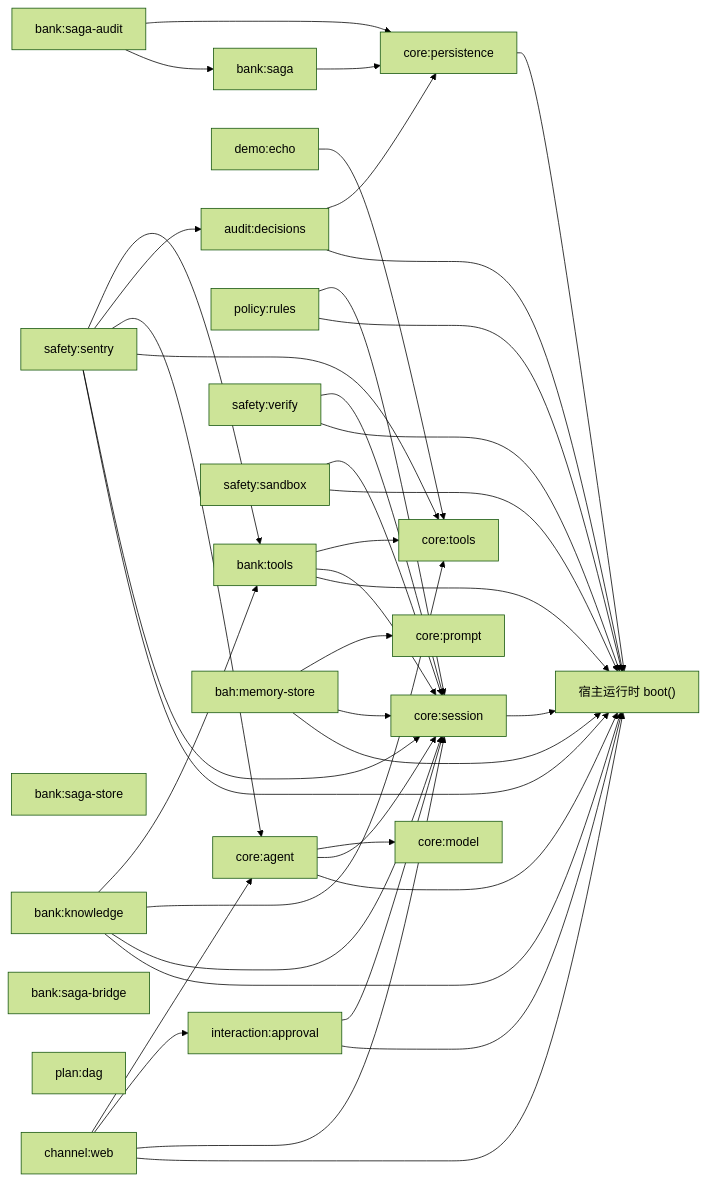
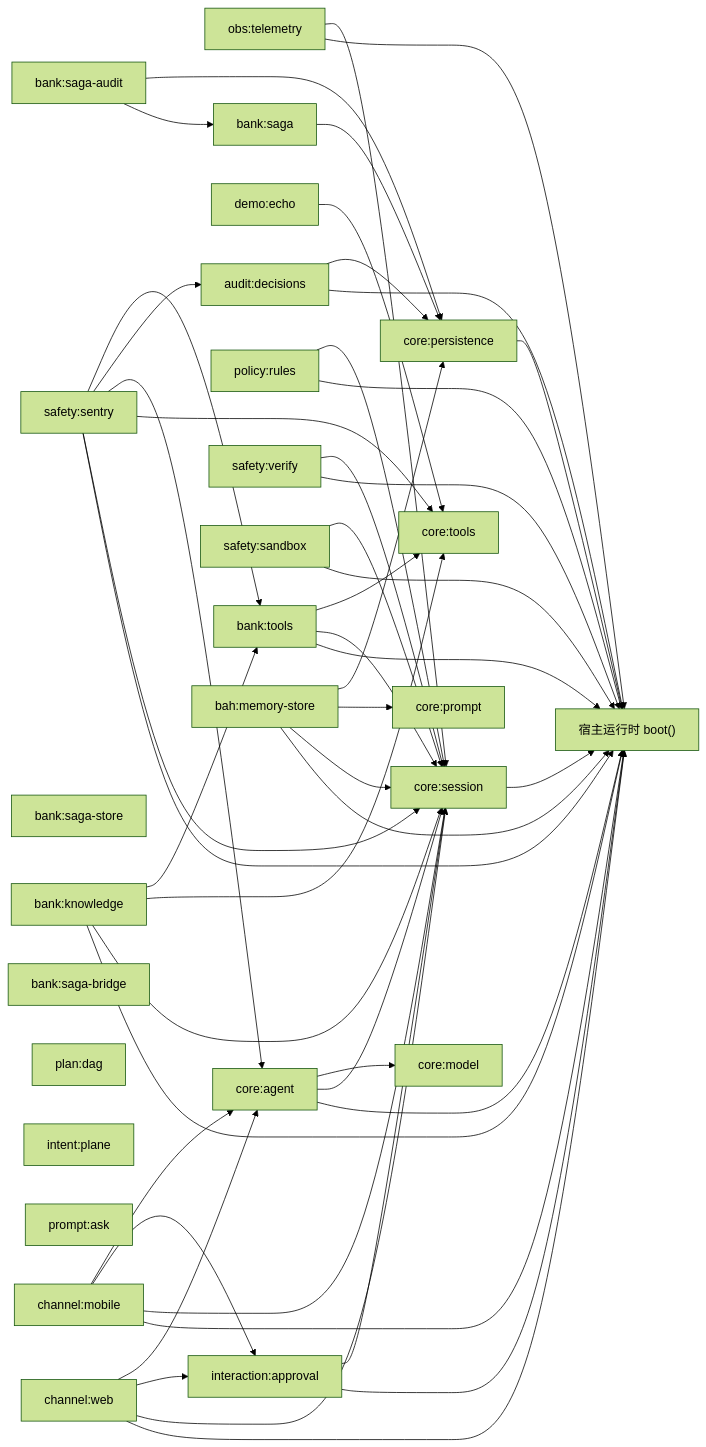
One commit to YYYPROBEE/BAH changed the first of 2 diagrams in docs/architecture.md. Above: the diagram before and after it, drawn with Mermaid (forest theme). The commit also changed other lines of this file and 471 other files, not shown here.

````diff
--- a/docs/architecture.md
+++ b/docs/architecture.md
@@ -76,64 +76,75 @@
 ```mermaid
 graph LR
   p0["core:session"]
-  p1["core:tools"]
-  p2["core:prompt"]
-  p3["core:model"]
-  p4["core:agent"]
-  p5["core:persistence"]
-  p6["audit:decisions"]
-  p7["demo:echo"]
-  p8["bank:tools"]
-  p9["policy:rules"]
-  p10["bank:knowledge"]
-  p11["interaction:approval"]
-  p12["safety:sentry"]
-  p13["safety:verify"]
-  p14["safety:sandbox"]
-  p15["bank:saga-store"]
-  p16["bank:saga"]
-  p17["bank:saga-audit"]
-  p18["bank:saga-bridge"]
-  p19["plan:dag"]
-  p20["bah:memory-store"]
-  p21["channel:web"]
+  p1["obs:telemetry"]
+  p2["core:tools"]
+  p3["core:prompt"]
+  p4["core:model"]
+  p5["core:agent"]
+  p6["core:persistence"]
+  p7["audit:decisions"]
+  p8["demo:echo"]
+  p9["bank:tools"]
+  p10["policy:rules"]
+  p11["bank:knowledge"]
+  p12["interaction:approval"]
+  p13["safety:sentry"]
+  p14["safety:verify"]
+  p15["safety:sandbox"]
+  p16["bank:saga-store"]
+  p17["bank:saga"]
+  p18["bank:saga-audit"]
+  p19["bank:saga-bridge"]
+  p20["plan:dag"]
+  p21["bah:memory-store"]
+  p22["intent:plane"]
+  p23["prompt:ask"]
+  p24["channel:web"]
+  p25["channel:mobile"]
   p0 --> host["宿主运行时 boot()"]
+  p1 --> host["宿主运行时 boot()"]
+  p1 --> p0
   p10 --> host["宿主运行时 boot()"]
   p10 --> p0
-  p10 --> p1
-  p10 --> p8
   p11 --> host["宿主运行时 boot()"]
   p11 --> p0
+  p11 --> p2
+  p11 --> p9
   p12 --> host["宿主运行时 boot()"]
   p12 --> p0
-  p12 --> p1
-  p12 --> p4
-  p12 --> p6
-  p12 --> p8
   p13 --> host["宿主运行时 boot()"]
   p13 --> p0
+  p13 --> p2
+  p13 --> p5
+  p13 --> p7
+  p13 --> p9
   p14 --> host["宿主运行时 boot()"]
   p14 --> p0
-  p16 --> p5
-  p17 --> p16
-  p17 --> p5
-  p20 --> host["宿主运行时 boot()"]
-  p20 --> p0
-  p20 --> p2
+  p15 --> host["宿主运行时 boot()"]
+  p15 --> p0
+  p17 --> p6
+  p18 --> p17
+  p18 --> p6
   p21 --> host["宿主运行时 boot()"]
   p21 --> p0
-  p21 --> p11
-  p21 --> p4
-  p4 --> host["宿主运行时 boot()"]
-  p4 --> p0
-  p4 --> p3
+  p21 --> p3
+  p21 --> p6
+  p24 --> host["宿主运行时 boot()"]
+  p24 --> p0
+  p24 --> p12
+  p24 --> p5
+  p25 --> host["宿主运行时 boot()"]
+  p25 --> p0
+  p25 --> p12
+  p25 --> p5
   p5 --> host["宿主运行时 boot()"]
+  p5 --> p0
+  p5 --> p4
   p6 --> host["宿主运行时 boot()"]
-  p6 --> p5
-  p7 --> p1
-  p8 --> host["宿主运行时 boot()"]
-  p8 --> p0
-  p8 --> p1
+  p7 --> host["宿主运行时 boot()"]
+  p7 --> p6
+  p8 --> p2
   p9 --> host["宿主运行时 boot()"]
   p9 --> p0
+  p9 --> p2
 ```
````
